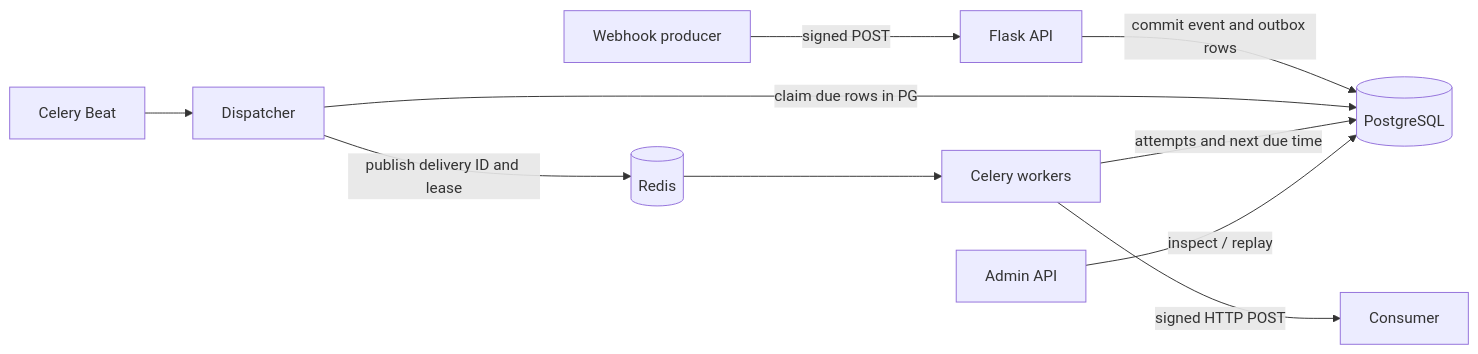
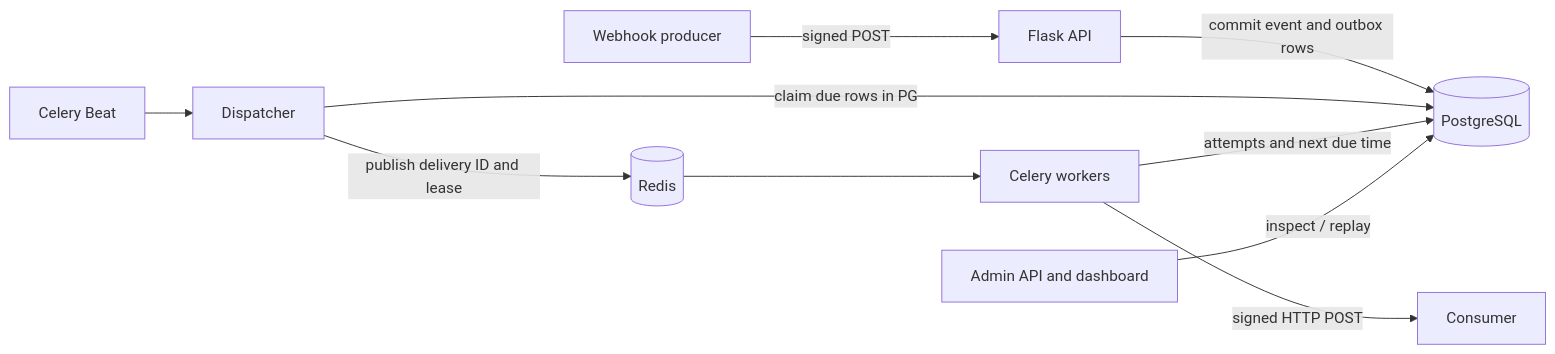
Before and after one commit to carinotj19/HookRelay: the diagram in README.md, drawn with Mermaid. The commit also changed other lines of this file and 14 other files, not shown here.

Commit message:
feat: add secure Flask operations dashboard with delivery replay and filtering

````diff
--- a/README.md
+++ b/README.md
@@ -9,12 +9,12 @@
 ```mermaid
 flowchart LR
   P[Webhook producer] -->|signed POST| F[Flask API]
   F -->|commit event and outbox rows| PG[(PostgreSQL)]
   BEAT[Celery Beat] --> DISP[Dispatcher]
   DISP -->|claim due rows in PG| PG
   DISP -->|publish delivery ID and lease| R[(Redis)]
   R --> W[Celery workers]
   W -->|signed HTTP POST| C[Consumer]
   W -->|attempts and next due time| PG
-  A[Admin API] -->|inspect / replay| PG
+  A[Admin API and dashboard] -->|inspect / replay| PG
 ```
````
